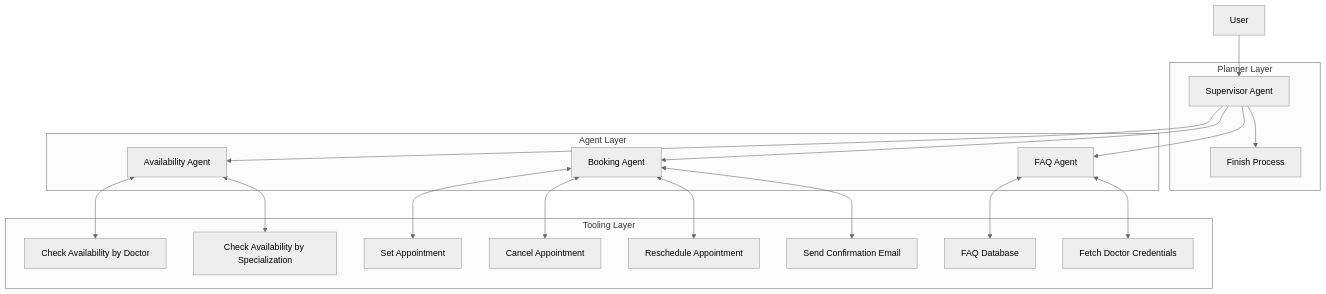
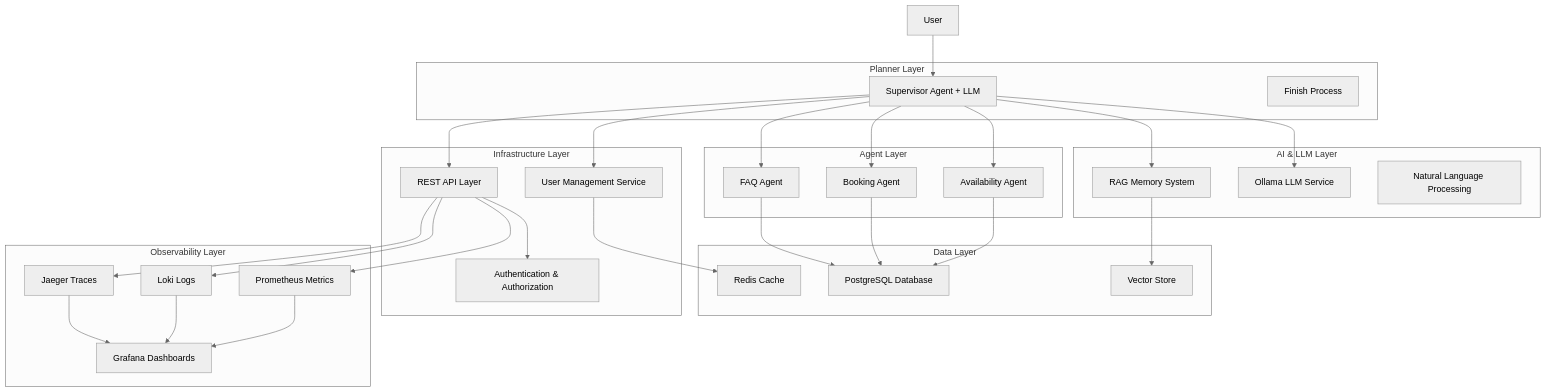
Before and after one commit to vishalm/agentcare: the diagram in readme.md, drawn with Mermaid (neutral theme). The commit also changed other lines of this file, not shown here.

````diff
--- a/readme.md
+++ b/readme.md
@@ -15,39 +63,63 @@
 ```mermaid
 graph TB
+    subgraph "AI & LLM Layer"
+        LLM[Ollama LLM Service]
+        RAG[RAG Memory System]
+        NLP[Natural Language Processing]
+    end
+    
     subgraph "Planner Layer"
-        SA[Supervisor Agent]
+        SA[Supervisor Agent + LLM]
         FP[Finish Process]
     end
     
     subgraph "Agent Layer"  
         AA[Availability Agent]
         BA[Booking Agent]
         FA[FAQ Agent]
     end
     
-    subgraph "Tooling Layer"
-        T1[Check Availability by Doctor]
-        T2[Check Availability by Specialization]
-        T3[Set Appointment]
-        T4[Cancel Appointment]
-        T5[Reschedule Appointment]
-        T6[Send Confirmation Email]
-        T7[FAQ Database]
-        T8[Fetch Doctor Credentials]
+    subgraph "Infrastructure Layer"
+        UMS[User Management Service]
+        API[REST API Layer]
+        AUTH[Authentication & Authorization]
+    end
+    
+    subgraph "Data Layer"
+        POSTGRES[PostgreSQL Database]
+        REDIS[Redis Cache]
+        VECTOR[Vector Store]
+    end
+    
+    subgraph "Observability Layer"
+        PROMETHEUS[Prometheus Metrics]
+        LOKI[Loki Logs]
+        JAEGER[Jaeger Traces]
+        GRAFANA[Grafana Dashboards]
     end
     
     User --> SA
+    SA --> LLM
+    SA --> RAG
     SA --> AA
-    SA --> BA  
+    SA --> BA
     SA --> FA
-    SA --> FP
     
-    AA <--> T1
-    AA <--> T2
-    BA <--> T3
-    BA <--> T4
-    BA <--> T5
-    BA <--> T6
-    FA <--> T7
-    FA <--> T8
+    SA --> UMS
+    SA --> API
+    API --> AUTH
+    
+    AA --> POSTGRES
+    BA --> POSTGRES
+    FA --> POSTGRES
+    UMS --> REDIS
+    RAG --> VECTOR
+    
+    API --> PROMETHEUS
+    API --> LOKI
+    API --> JAEGER
+    
+    PROMETHEUS --> GRAFANA
+    LOKI --> GRAFANA
+    JAEGER --> GRAFANA
 ```
````
